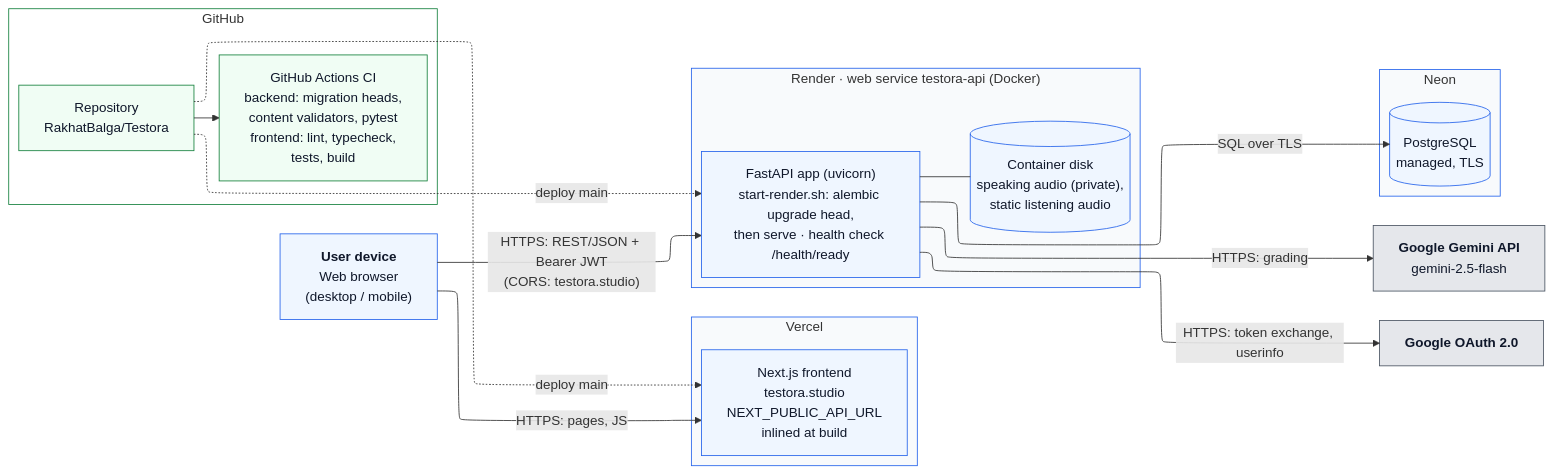
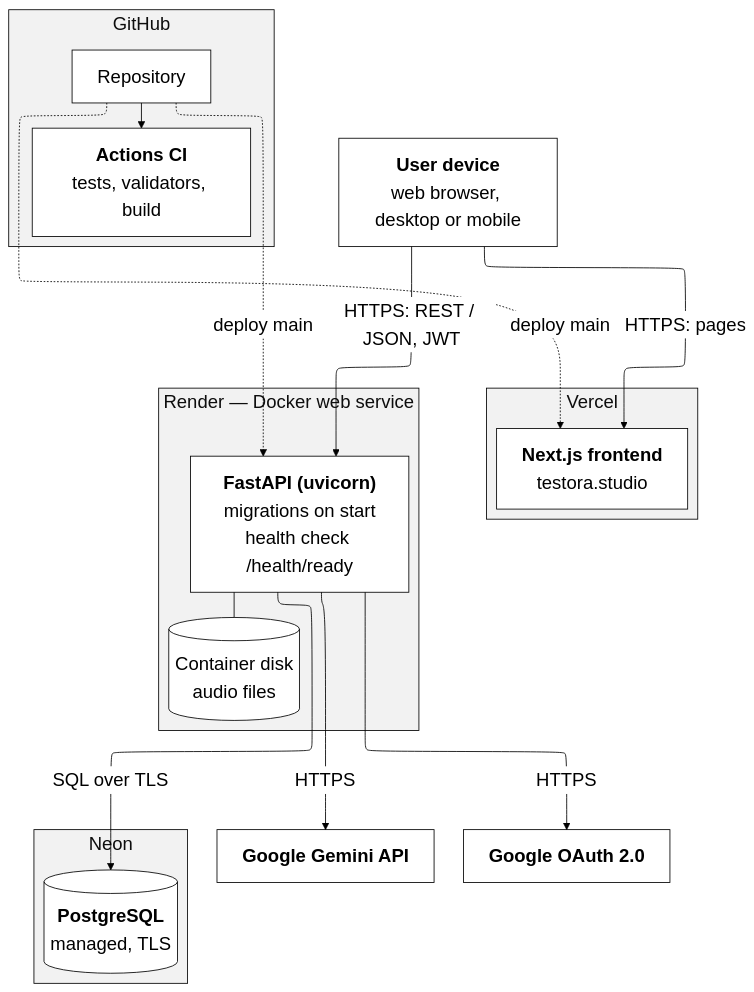
The diagram in docs/diagrams/deployment.mmd (RakhatBalga/Testora), drawn with Mermaid before and after one commit. The commit also changed 8 other files, not shown here.

Commit message:
TST-13: Simplify component, deployment and ER diagrams for print

```diff
--- a/docs/diagrams/deployment.mmd
+++ b/docs/diagrams/deployment.mmd
@@ -1,47 +1,38 @@
 ---
 config:
   layout: elk
 ---
 %% Testora: Deployment diagram (production)
 %% Source: render.yaml, backend/Dockerfile, backend/start-render.sh, .github/workflows/ci.yml
-flowchart LR
-    classDef node fill:#eff6ff,stroke:#2563eb,color:#0f172a
-    classDef ext fill:#e5e7eb,stroke:#4b5563,color:#0f172a
-    classDef ci fill:#f0fdf4,stroke:#15803d,color:#0f172a
-
-    BR["<b>User device</b><br/>Web browser<br/>(desktop / mobile)"]:::node
+%%{init: {"theme": "base", "themeVariables": {"fontSize": "22px", "fontFamily": "Times New Roman, serif", "primaryColor": "#ffffff", "primaryBorderColor": "#000000", "primaryTextColor": "#000000", "lineColor": "#000000", "clusterBkg": "#f2f2f2", "clusterBorder": "#000000", "tertiaryColor": "#f2f2f2"}, "flowchart": {"nodeSpacing": 40, "rankSpacing": 55}}}%%
+flowchart TB
+    BR["<b>User device</b><br/>web browser, desktop or mobile"]
 
     subgraph Vercel["Vercel"]
-        FE["Next.js frontend<br/>testora.studio<br/>NEXT_PUBLIC_API_URL<br/>inlined at build"]:::node
+        FE["<b>Next.js frontend</b><br/>testora.studio"]
     end
 
-    subgraph Render["Render · web service testora-api (Docker)"]
-        API["FastAPI app (uvicorn)<br/>start-render.sh: alembic upgrade head,<br/>then serve · health check /health/ready"]:::node
-        FS[("Container disk<br/>speaking audio (private),<br/>static listening audio")]:::node
+    subgraph Render["Render — Docker web service"]
+        API["<b>FastAPI (uvicorn)</b><br/>migrations on start<br/>health check /health/ready"]
+        FS[("Container disk<br/>audio files")]
         API --- FS
     end
 
     subgraph Neon["Neon"]
-        DB[("PostgreSQL<br/>managed, TLS")]:::node
+        DB[("<b>PostgreSQL</b><br/>managed, TLS")]
     end
-    GEM["<b>Google Gemini API</b><br/>gemini-2.5-flash"]:::ext
-    GOO["<b>Google OAuth 2.0</b>"]:::ext
+
+    GEM["<b>Google Gemini API</b>"]
+    GOO["<b>Google OAuth 2.0</b>"]
 
     subgraph GH["GitHub"]
-        REPO["Repository<br/>RakhatBalga/Testora"]:::ci
-        CI["GitHub Actions CI<br/>backend: migration heads,<br/>content validators, pytest<br/>frontend: lint, typecheck,<br/>tests, build"]:::ci
-        REPO --> CI
+        REPO["Repository"] --> CI["<b>Actions CI</b><br/>tests, validators, build"]
     end
 
-    BR -- "HTTPS: pages, JS" --> FE
-    BR -- "HTTPS: REST/JSON + Bearer JWT<br/>(CORS: testora.studio)" --> API
+    BR -- "HTTPS: pages" --> FE
+    BR -- "HTTPS: REST / JSON, JWT" --> API
     API -- "SQL over TLS" --> DB
-    API -- "HTTPS: grading" --> GEM
-    API -- "HTTPS: token exchange, userinfo" --> GOO
+    API -- "HTTPS" --> GEM
+    API -- "HTTPS" --> GOO
     REPO -. "deploy main" .-> FE
     REPO -. "deploy main" .-> API
-
-    style Vercel fill:#f8fafc,stroke:#2563eb
-    style Render fill:#f8fafc,stroke:#2563eb
-    style Neon fill:#f8fafc,stroke:#2563eb
-    style GH fill:#ffffff,stroke:#15803d
```
